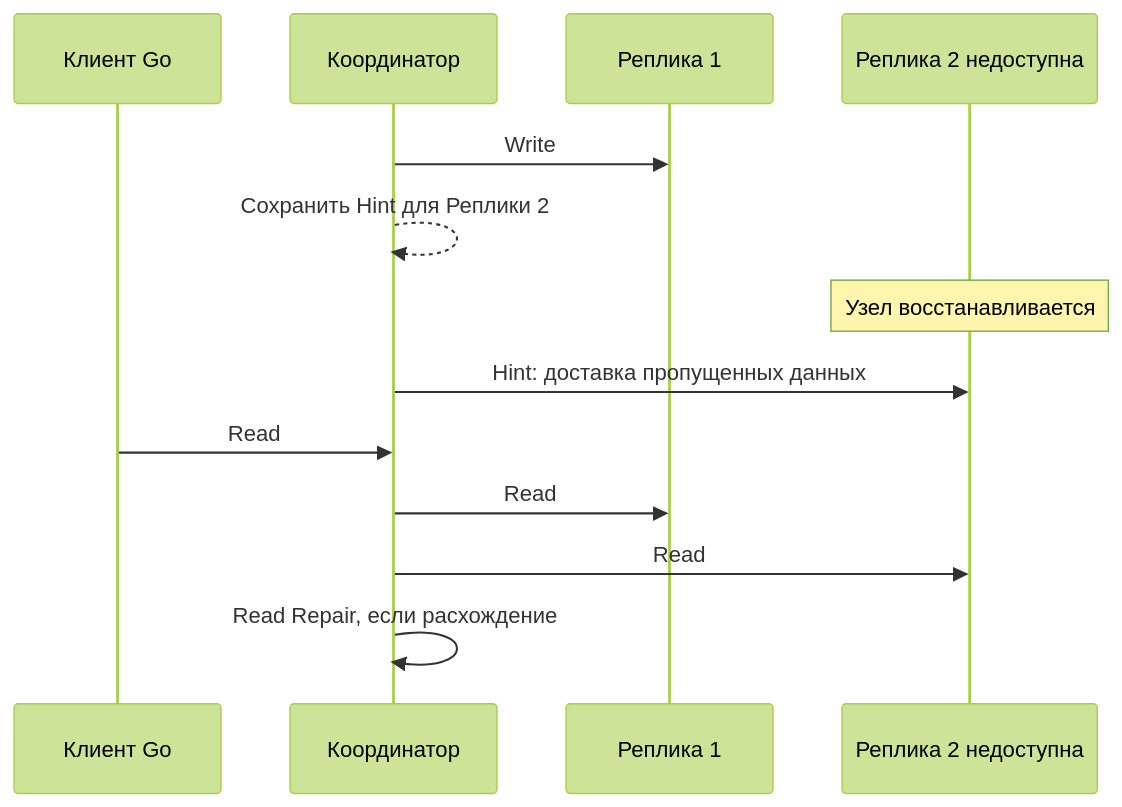
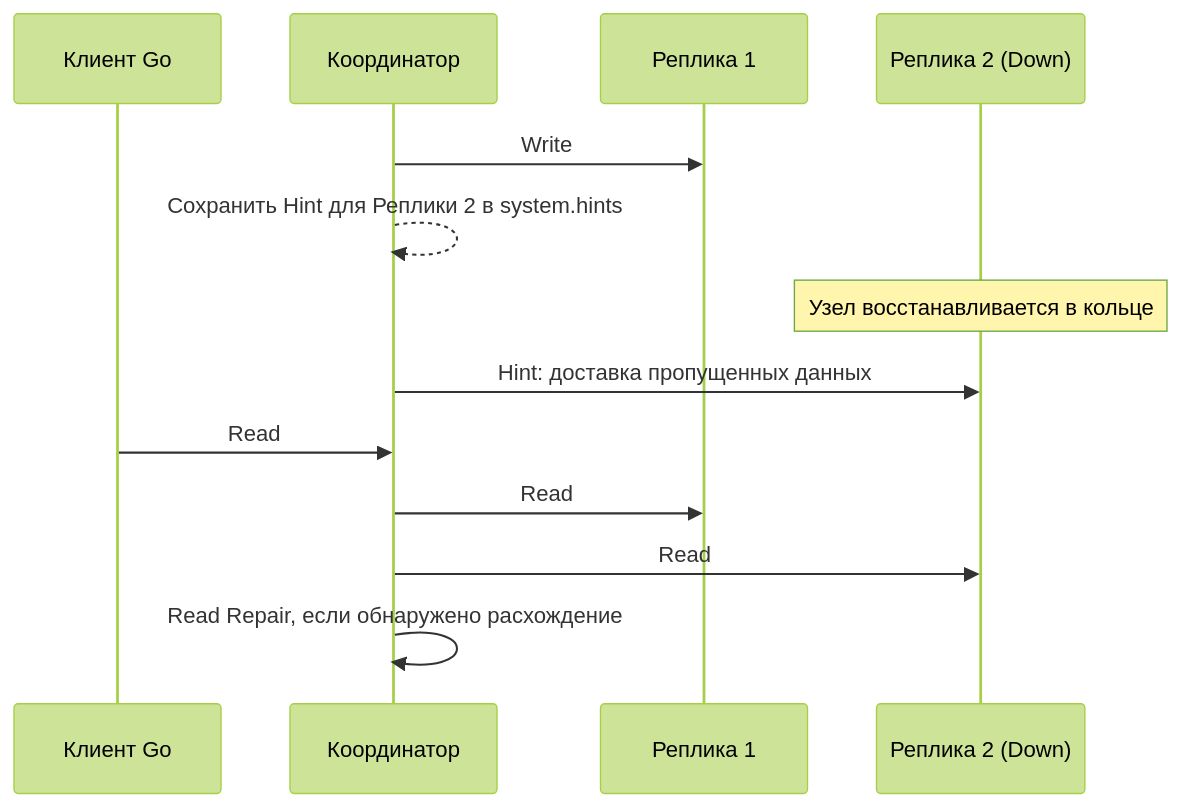
Before and after one commit to UnrealTemplier/go-textbook: the third of 3 diagrams in sources/12. Базы данных/09. NoSQL базы/10. Cassandra архитектура.md, drawn with Mermaid (forest theme). The commit also changed other lines of this file, not shown here.

````diff
--- a/sources/12. Базы данных/09. NoSQL базы/10. Cassandra архитектура.md
+++ b/sources/12. Базы данных/09. NoSQL базы/10. Cassandra архитектура.md
@@ -75,15 +91,15 @@
 ```mermaid
 sequenceDiagram
     participant Client as Клиент Go
     participant Coordinator as Координатор
     participant Replica1 as Реплика 1
-    participant Replica2 as Реплика 2 недоступна
+    participant Replica2 as Реплика 2 (Down)
     Coordinator->>Replica1: Write
-    Coordinator-->>Coordinator: Сохранить Hint для Реплики 2
-    Note over Replica2: Узел восстанавливается
+    Coordinator-->>Coordinator: Сохранить Hint для Реплики 2 в system.hints
+    Note over Replica2: Узел восстанавливается в кольце
     Coordinator->>Replica2: Hint: доставка пропущенных данных
     Client->>Coordinator: Read
     Coordinator->>Replica1: Read
     Coordinator->>Replica2: Read
-    Coordinator->>Coordinator: Read Repair, если расхождение
+    Coordinator->>Coordinator: Read Repair, если обнаружено расхождение
 ```
````
